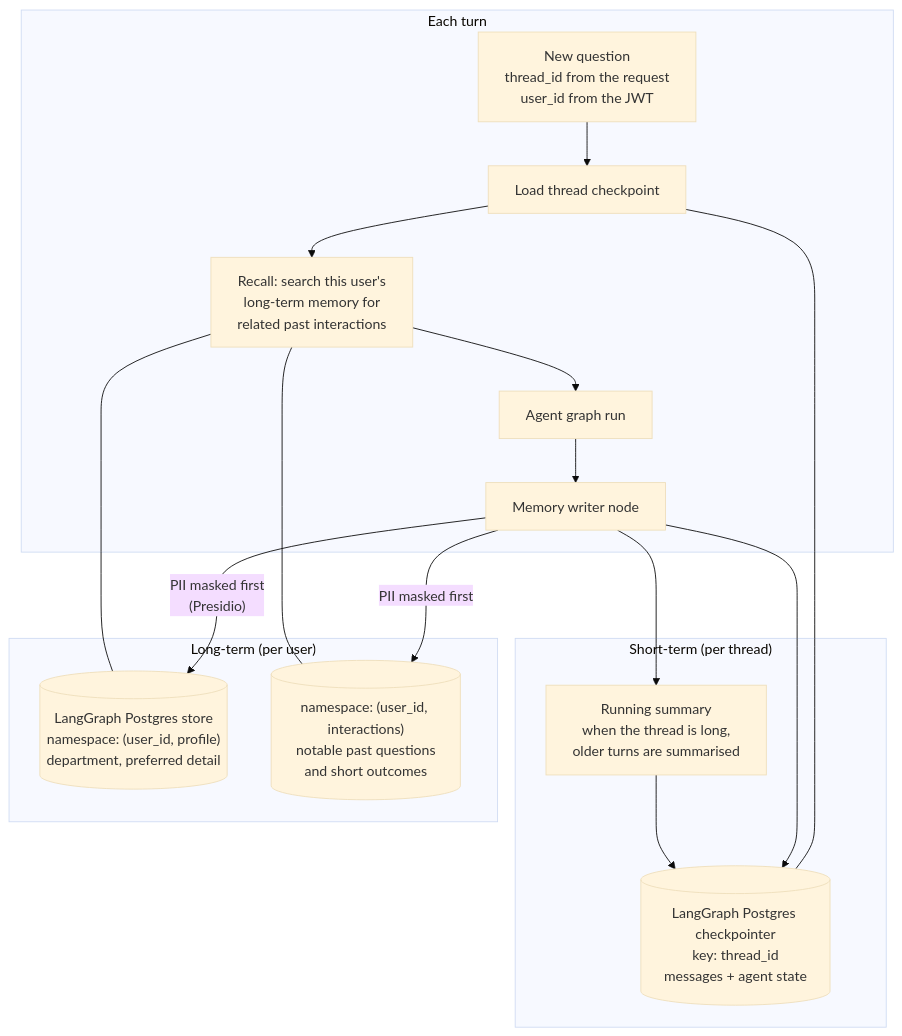
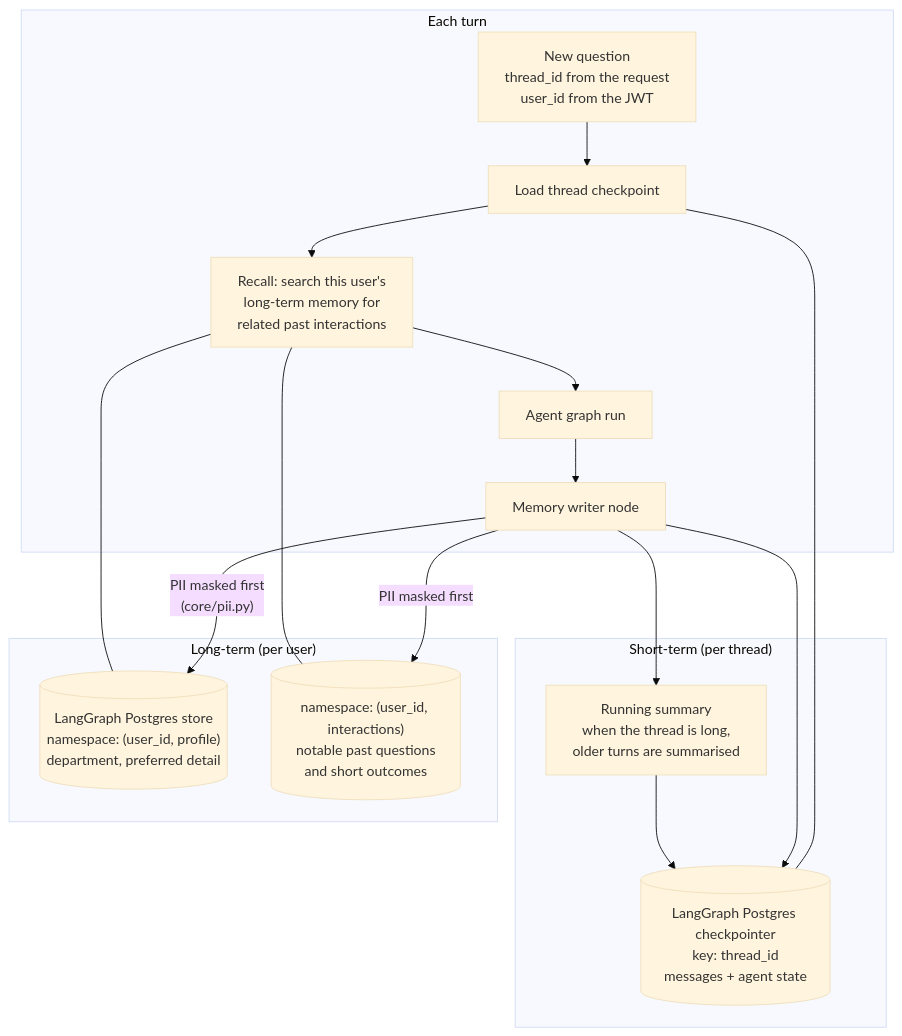
The diagram in docs/architecture/08-memory.md (madukawala/enterprise-knowledge-agent), drawn with Mermaid (base theme) before and after one commit. The commit also changed other lines of this file and 175 other files, not shown here.

````diff
--- a/docs/architecture/08-memory.md
+++ b/docs/architecture/08-memory.md
@@ -5,28 +5,28 @@
 ```mermaid
 flowchart TB
     subgraph Turn["Each turn"]
         Q["New question<br/>thread_id from the request<br/>user_id from the JWT"] --> L["Load thread checkpoint"]
         L --> RC["Recall: search this user's<br/>long-term memory for<br/>related past interactions"]
         RC --> G["Agent graph run"]
         G --> W["Memory writer node"]
     end
 
     subgraph ST["Short-term (per thread)"]
         CP[("LangGraph Postgres checkpointer<br/>key: thread_id<br/>messages + agent state")]
         SM["Running summary<br/>when the thread is long,<br/>older turns are summarised"]
     end
 
     subgraph LT["Long-term (per user)"]
         PR[("LangGraph Postgres store<br/>namespace: (user_id, profile)<br/>department, preferred detail")]
         HI[("namespace: (user_id, interactions)<br/>notable past questions<br/>and short outcomes")]
     end
 
     L --- CP
     W --> CP
     W --> SM
     SM --> CP
-    W -- "PII masked first<br/>(Presidio)" --> PR
+    W -- "PII masked first<br/>(core/pii.py)" --> PR
     W -- "PII masked first" --> HI
     RC --- HI
     RC --- PR
 ```
````
